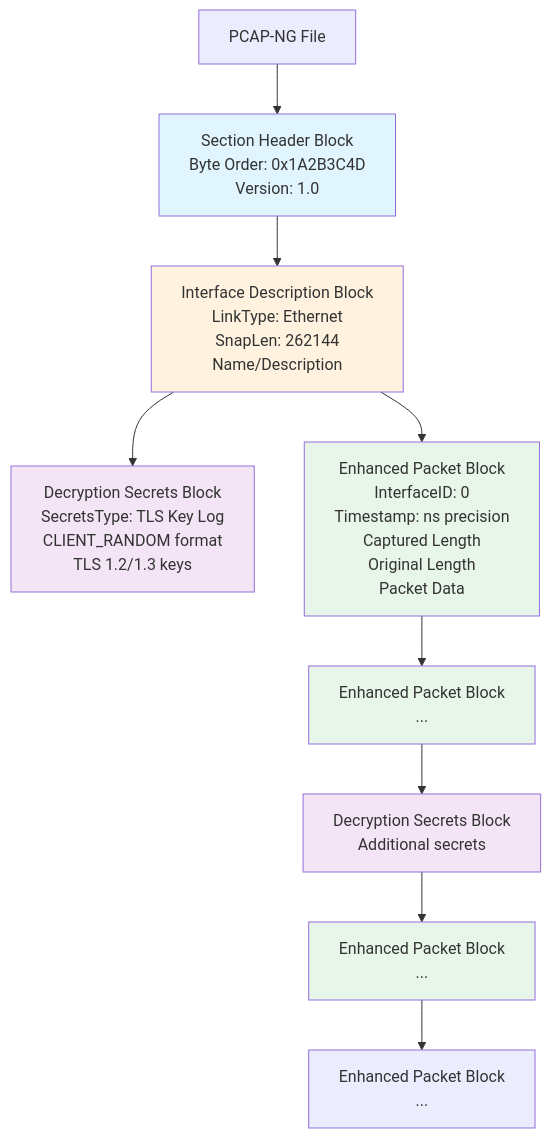
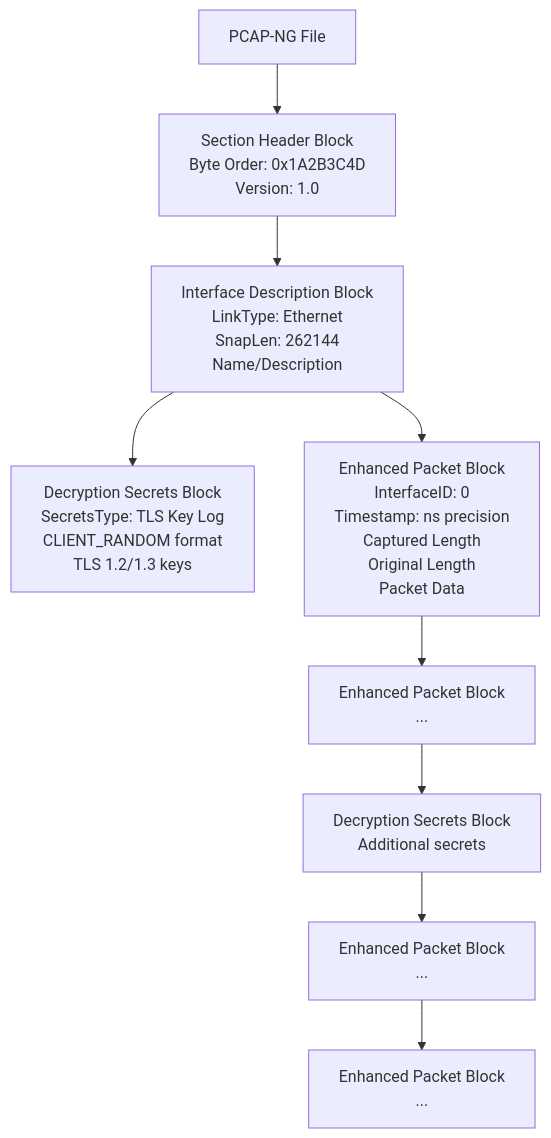
Before and after one commit to gojue/ecapture.cc: the third of 8 diagrams in src/en/4-output-formats/4.2-pcap-integration.md, drawn with Mermaid. The commit also changed other lines of this file and 115 other files, not shown here.

````diff
--- a/src/en/4-output-formats/4.2-pcap-integration.md
+++ b/src/en/4-output-formats/4.2-pcap-integration.md
@@ -166,28 +165,20 @@
 ```mermaid
 graph TB
-    FILE[PCAP-NG File]
+    FILE["PCAP-NG File"]
     
-    FILE --> SHB[Section Header Block<br/>Byte Order: 0x1A2B3C4D<br/>Version: 1.0]
+    FILE --> SHB["Section Header Block<br/>Byte Order: 0x1A2B3C4D<br/>Version: 1.0"]
     
-    SHB --> IDB[Interface Description Block<br/>LinkType: Ethernet<br/>SnapLen: 262144<br/>Name/Description]
+    SHB --> IDB["Interface Description Block<br/>LinkType: Ethernet<br/>SnapLen: 262144<br/>Name/Description"]
     
-    IDB --> DSB1[Decryption Secrets Block<br/>SecretsType: TLS Key Log<br/>CLIENT_RANDOM format<br/>TLS 1.2/1.3 keys]
+    IDB --> DSB1["Decryption Secrets Block<br/>SecretsType: TLS Key Log<br/>CLIENT_RANDOM format<br/>TLS 1.2/1.3 keys"]
     
-    IDB --> EPB1[Enhanced Packet Block<br/>InterfaceID: 0<br/>Timestamp: ns precision<br/>Captured Length<br/>Original Length<br/>Packet Data]
+    IDB --> EPB1["Enhanced Packet Block<br/>InterfaceID: 0<br/>Timestamp: ns precision<br/>Captured Length<br/>Original Length<br/>Packet Data"]
     
-    EPB1 --> EPB2[Enhanced Packet Block<br/>...]
+    EPB1 --> EPB2["Enhanced Packet Block<br/>..."]
     
-    EPB2 --> DSB2[Decryption Secrets Block<br/>Additional secrets]
+    EPB2 --> DSB2["Decryption Secrets Block<br/>Additional secrets"]
     
-    DSB2 --> EPB3[Enhanced Packet Block<br/>...]
+    DSB2 --> EPB3["Enhanced Packet Block<br/>..."]
     
-    EPB3 --> EPBN[Enhanced Packet Block<br/>...]
-    
-    style SHB fill:#e1f5fe
-    style IDB fill:#fff3e0
-    style DSB1 fill:#f3e5f5
-    style DSB2 fill:#f3e5f5
-    style EPB1 fill:#e8f5e9
-    style EPB2 fill:#e8f5e9
-    style EPB3 fill:#e8f5e9
+    EPB3 --> EPBN["Enhanced Packet Block<br/>..."]
 ```
````
